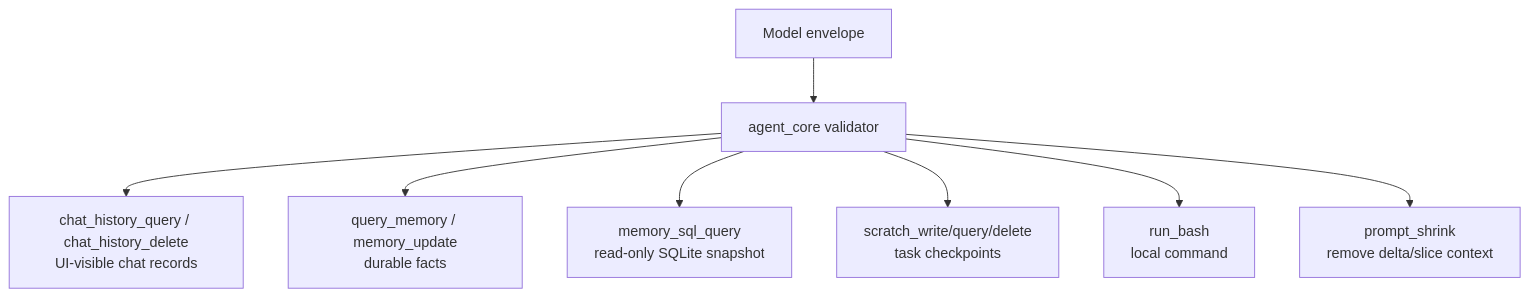
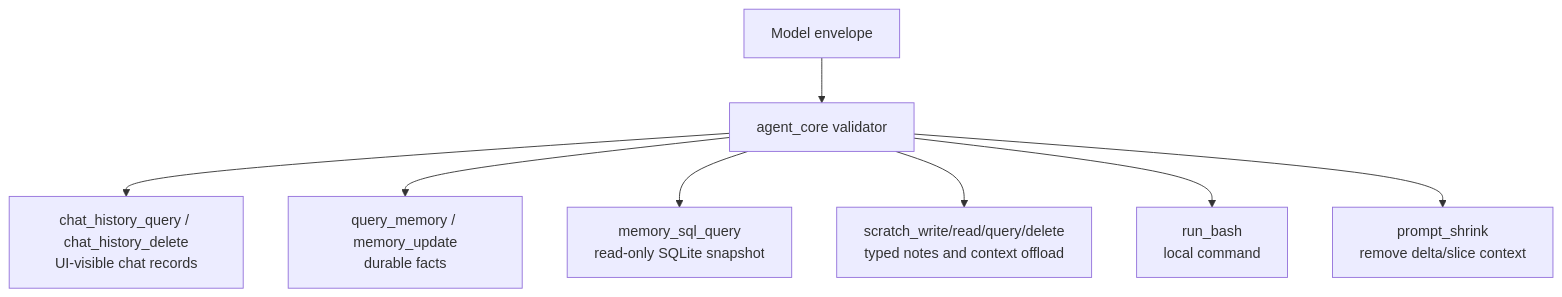
The fourth of 4 diagrams in docs/architecture.md (moliam/TimemAi), drawn with Mermaid before and after one commit. The commit also changed other lines of this file and 7 other files, not shown here.

Commit message:
feat(core): add typed scratch context offload

````diff
--- a/docs/architecture.md
+++ b/docs/architecture.md
@@ -471,10 +471,10 @@
 ```mermaid
 flowchart TB
     Model["Model envelope"] --> Core["agent_core validator"]
     Core --> Chat["chat_history_query / chat_history_delete\nUI-visible chat records"]
     Core --> Memory["query_memory / memory_update\ndurable facts"]
     Core --> SQL["memory_sql_query\nread-only SQLite snapshot"]
-    Core --> Scratch["scratch_write/query/delete\ntask checkpoints"]
+    Core --> Scratch["scratch_write/read/query/delete\ntyped notes and context offload"]
     Core --> Bash["run_bash\nlocal command"]
     Core --> Shrink["prompt_shrink\nremove delta/slice context"]
 ```
````
